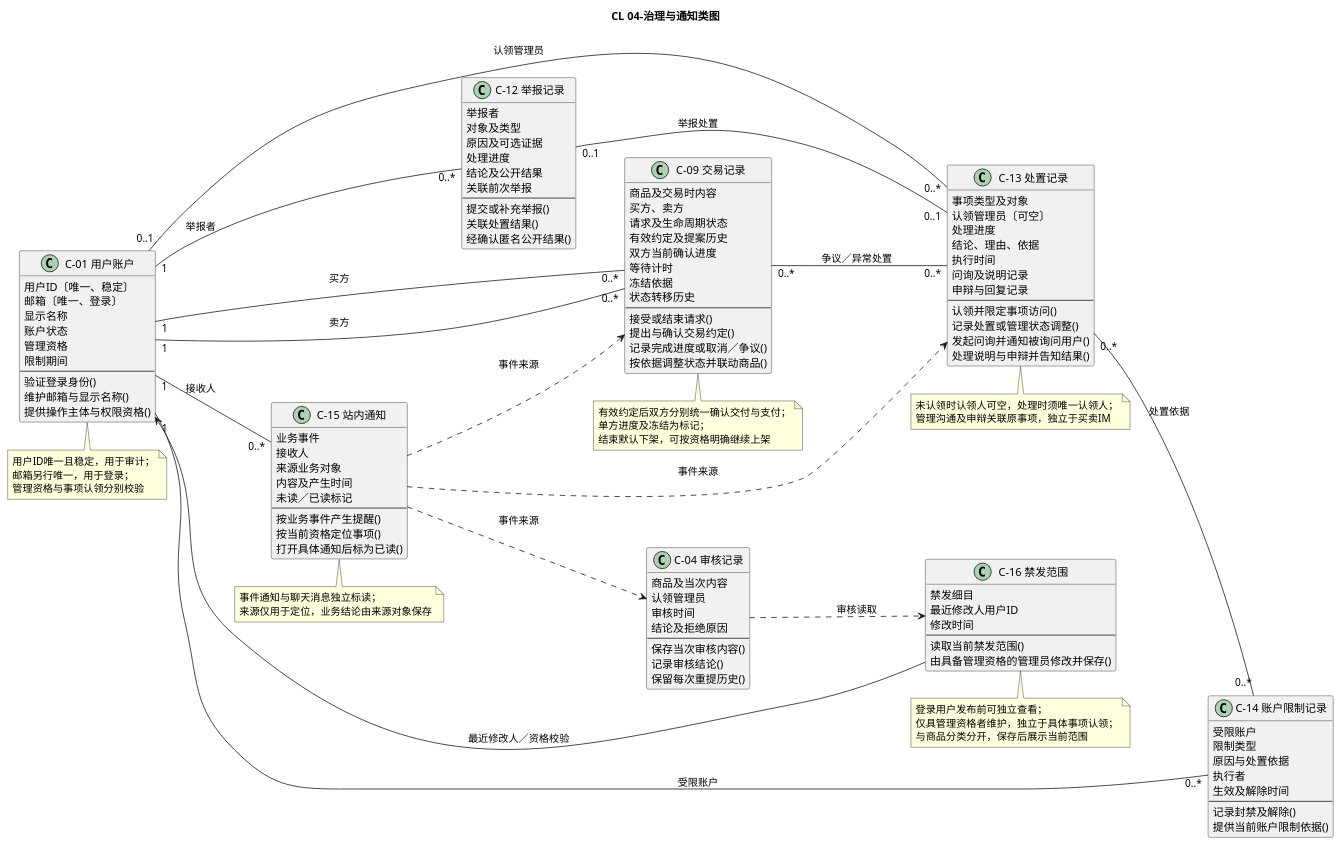
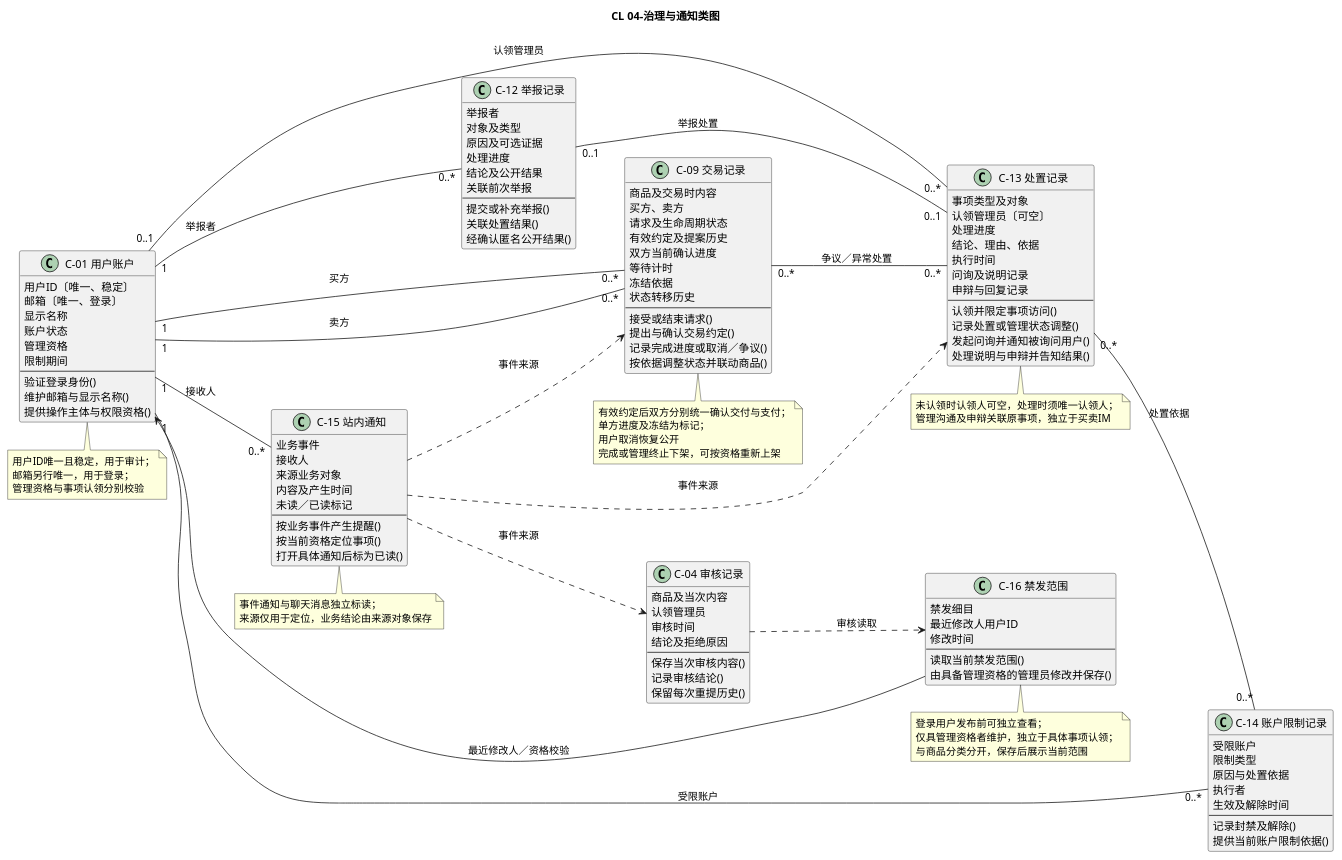
The diagram in docs/appendices/models/CL-04-治理与通知类图.puml (iy88/se-course-project-1), drawn with PlantUML before and after one commit. The commit also changed 110 other files, not shown here.

```diff
--- a/docs/appendices/models/CL-04-治理与通知类图.puml
+++ b/docs/appendices/models/CL-04-治理与通知类图.puml
@@ -6,140 +6,141 @@
 @startuml
 skinparam defaultFontName "PingFang SC"
 skinparam shadowing false
 skinparam classAttributeIconSize 0
 skinparam nodesep 35
 skinparam ranksep 45
 hide empty members
 
 title CL 04-治理与通知类图
 left to right direction
 class "C-01 用户账户" as C01 {
   用户ID〔唯一、稳定〕
   邮箱〔唯一、登录〕
   显示名称
   账户状态
   管理资格
   限制期间
   --
   验证登录身份()
   维护邮箱与显示名称()
   提供操作主体与权限资格()
 }
 class "C-04 审核记录" as C04 {
   商品及当次内容
   认领管理员
   审核时间
   结论及拒绝原因
   --
   保存当次审核内容()
   记录审核结论()
   保留每次重提历史()
 }
 class "C-09 交易记录" as C09 {
   商品及交易时内容
   买方、卖方
   请求及生命周期状态
   有效约定及提案历史
   双方当前确认进度
   等待计时
   冻结依据
   状态转移历史
   --
   接受或结束请求()
   提出与确认交易约定()
   记录完成进度或取消／争议()
   按依据调整状态并联动商品()
 }
 class "C-12 举报记录" as C12 {
   举报者
   对象及类型
   原因及可选证据
   处理进度
   结论及公开结果
   关联前次举报
   --
   提交或补充举报()
   关联处置结果()
   经确认匿名公开结果()
 }
 class "C-13 处置记录" as C13 {
   事项类型及对象
   认领管理员〔可空〕
   处理进度
   结论、理由、依据
   执行时间
   问询及说明记录
   申辩与回复记录
   --
   认领并限定事项访问()
   记录处置或管理状态调整()
   发起问询并通知被询问用户()
   处理说明与申辩并告知结果()
 }
 class "C-14 账户限制记录" as C14 {
   受限账户
   限制类型
   原因与处置依据
   执行者
   生效及解除时间
   --
   记录封禁及解除()
   提供当前账户限制依据()
 }
 class "C-15 站内通知" as C15 {
   业务事件
   接收人
   来源业务对象
   内容及产生时间
   未读／已读标记
   --
   按业务事件产生提醒()
   按当前资格定位事项()
   打开具体通知后标为已读()
 }
 class "C-16 禁发范围" as C16 {
   禁发细目
   最近修改人用户ID
   修改时间
   --
   读取当前禁发范围()
   由具备管理资格的管理员修改并保存()
 }
 C16 --> C01 : 最近修改人／资格校验
 C04 ..> C16 : 审核读取
 C01 "1" -- "0..*" C09 : 买方
 C01 "1" -- "0..*" C09 : 卖方
 C01 "1" -- "0..*" C12 : 举报者
 C12 "0..1" -- "0..1" C13 : 举报处置
 C09 "0..*" -- "0..*" C13 : 争议／异常处置
 C01 "0..1" -- "0..*" C13 : 认领管理员
 C01 "1" -- "0..*" C14 : 受限账户
 C13 "0..*" -- "0..*" C14 : 处置依据
 C01 "1" -- "0..*" C15 : 接收人
 C15 ..> C04 : 事件来源
 C15 ..> C09 : 事件来源
 C15 ..> C13 : 事件来源
 note bottom of C01
 用户ID唯一且稳定，用于审计；
 邮箱另行唯一，用于登录；
 管理资格与事项认领分别校验
 end note
 note bottom of C09
 有效约定后双方分别统一确认交付与支付；
 单方进度及冻结为标记；
-结束默认下架，可按资格明确继续上架
+用户取消恢复公开
+完成或管理终止下架，可按资格重新上架
 end note
 note bottom of C13
 未认领时认领人可空，处理时须唯一认领人；
 管理沟通及申辩关联原事项，独立于买卖IM
 end note
 note bottom of C15
 事件通知与聊天消息独立标读；
 来源仅用于定位，业务结论由来源对象保存
 end note
 note bottom of C16
 登录用户发布前可独立查看；
 仅具管理资格者维护，独立于具体事项认领；
 与商品分类分开，保存后展示当前范围
 end note
 @enduml
```
